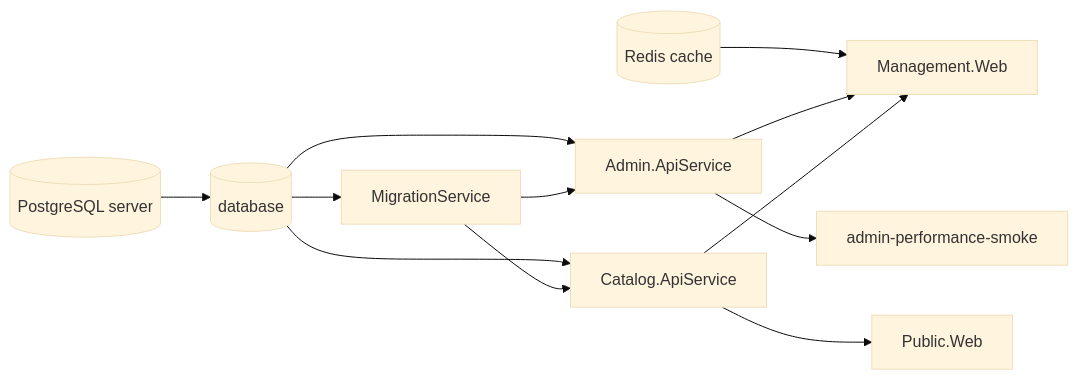
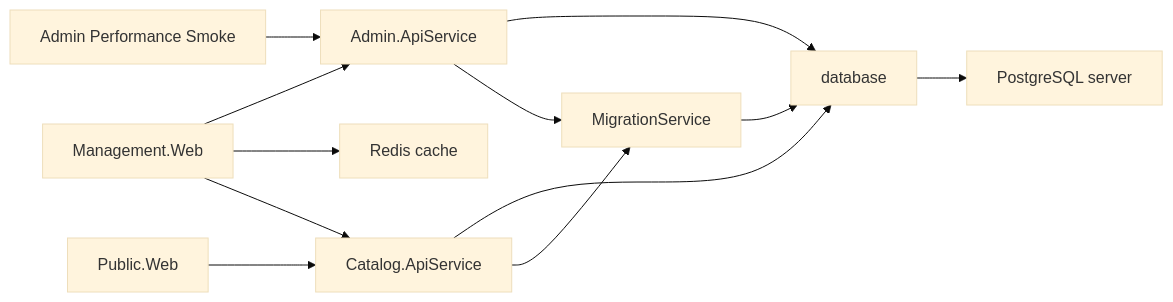
One commit to danigutsch/ViajantesTurismo changed the first of 2 diagrams in docs/architecture/runtime-wiring-and-deployment.md. Above: the diagram before and after it, drawn with Mermaid (base theme). The commit also changed other lines of this file and 6 other files, not shown here.

Commit message:
docs(architecture): generate source-backed diagrams

````diff
--- a/docs/architecture/runtime-wiring-and-deployment.md
+++ b/docs/architecture/runtime-wiring-and-deployment.md
@@ -10,24 +13,23 @@
 ```mermaid
 flowchart LR
-    postgresServer[(PostgreSQL server)]
-    database[(database)]
-    redis[(Redis cache)]
-    migration[MigrationService]
-    adminApi[Admin.ApiService]
-    catalogApi[Catalog.ApiService]
-    management[Management.Web]
-    publicWeb[Public.Web]
-    perf[admin-performance-smoke]
-
-    postgresServer --> database
-    database --> migration
-    database --> adminApi
-    database --> catalogApi
-    migration --> adminApi
-    migration --> catalogApi
-    redis --> management
-    adminApi --> management
-    catalogApi --> management
-    catalogApi --> publicWeb
-    adminApi --> perf
+    AdminPerformanceSmoke[Admin Performance Smoke]
+    apiService[Admin.ApiService]
+    catalogApiService[Catalog.ApiService]
+    ManagementWeb[Management.Web]
+    migrationService[MigrationService]
+    databaseServer[PostgreSQL server]
+    PublicWeb[Public.Web]
+    cache[Redis cache]
+    database[database]
+    AdminPerformanceSmoke --> apiService
+    ManagementWeb --> apiService
+    ManagementWeb --> cache
+    ManagementWeb --> catalogApiService
+    PublicWeb --> catalogApiService
+    apiService --> database
+    apiService --> migrationService
+    catalogApiService --> database
+    catalogApiService --> migrationService
+    database --> databaseServer
+    migrationService --> database
 ```
````
